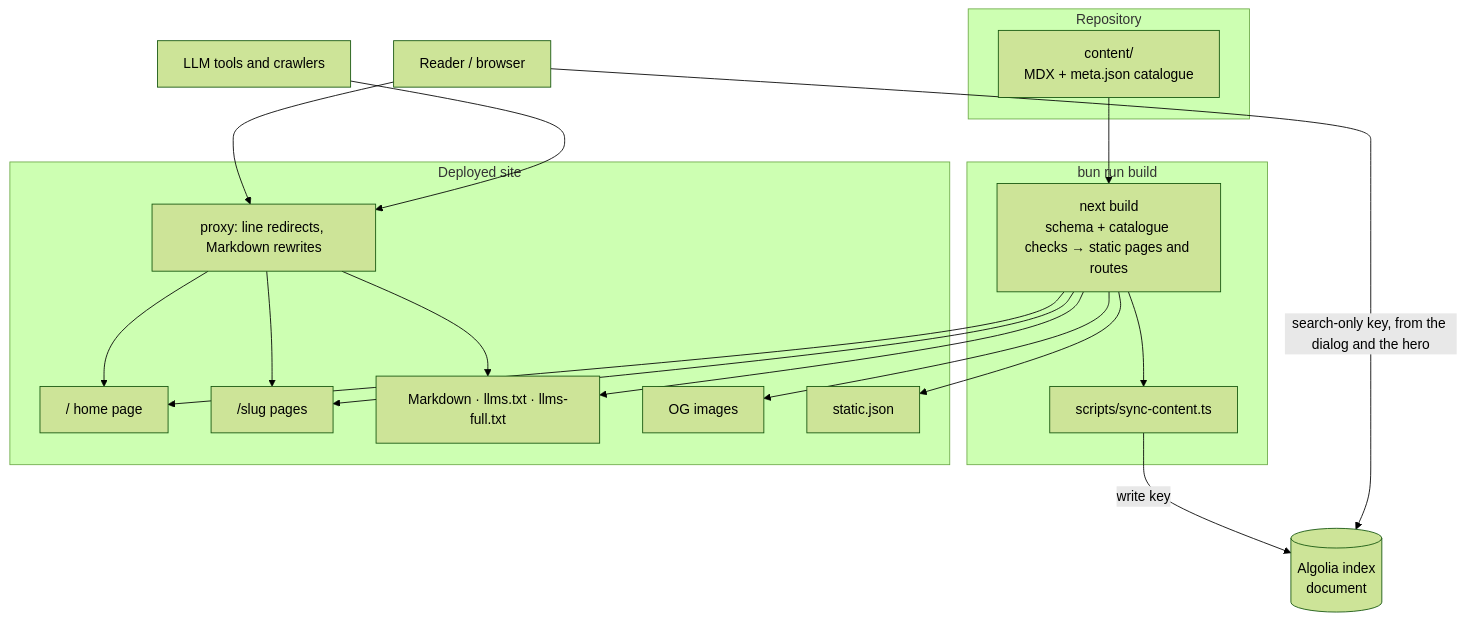
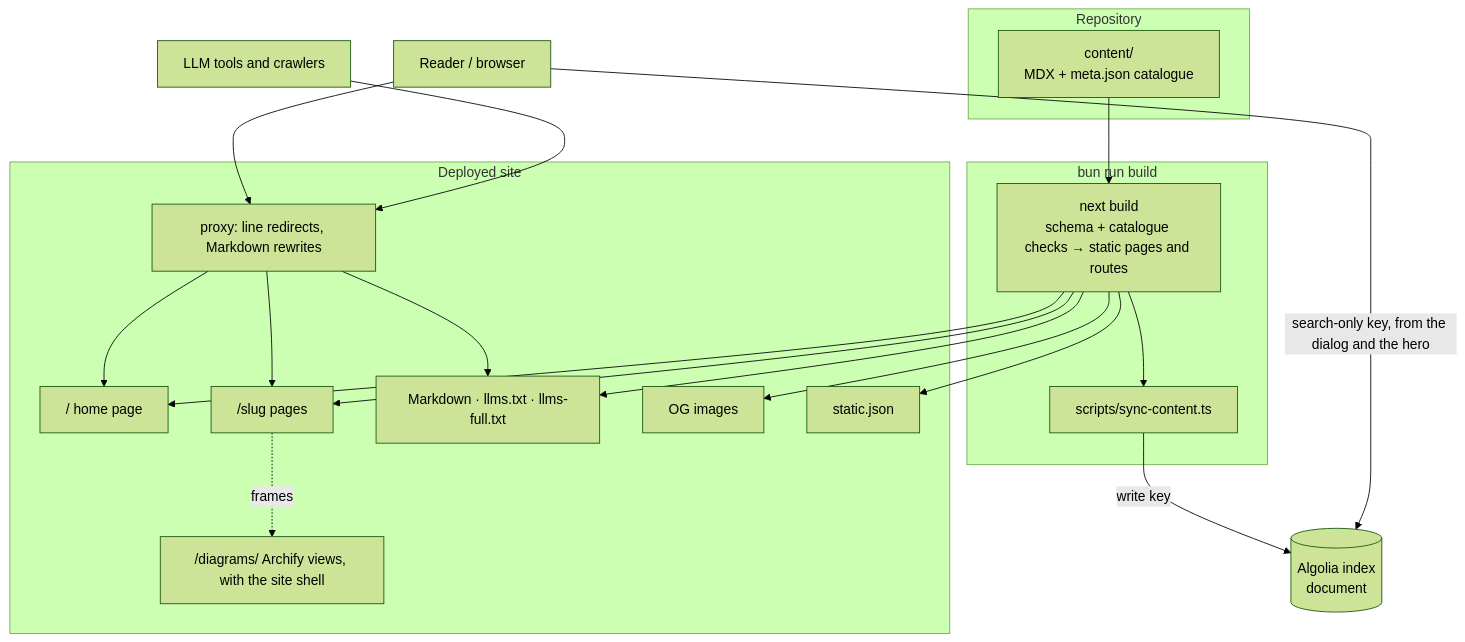
Before and after one commit to nepal-dev-com/docs.nepal-dev.com: the diagram in content/docs/maintain/architecture/system.mdx, drawn with Mermaid (forest theme). The commit also changed other lines of this file and 159 other files, not shown here.

Commit message:
archify diagram everywhere

````diff
--- a/content/docs/maintain/architecture/system.mdx
+++ b/content/docs/maintain/architecture/system.mdx
@@ -107,27 +112,29 @@
 ```mermaid
 flowchart TB
   subgraph Repo["Repository"]
     CONTENT["content/<br/>MDX + meta.json catalogue"]
   end
   subgraph Build["bun run build"]
     NEXT["next build<br/>schema + catalogue checks → static pages and routes"]
     SYNC["scripts/sync-content.ts"]
   end
   subgraph Site["Deployed site"]
     PROXY["proxy: line redirects, Markdown rewrites"]
     HOME["/ home page"]
     PAGES["/slug pages"]
     MD["Markdown · llms.txt · llms-full.txt"]
     OG["OG images"]
+    DIAG["/diagrams/ Archify views, with the site shell"]
     REC["static.json"]
   end
   ALG[("Algolia index<br/>document")]
   Reader["Reader / browser"]
   Bot["LLM tools and crawlers"]
 
   CONTENT --> NEXT --> HOME & PAGES & MD & OG & REC
   NEXT --> SYNC -->|write key| ALG
   Reader --> PROXY --> HOME & PAGES
   Reader -->|search-only key, from the dialog and the hero| ALG
   Bot --> PROXY --> MD
+  PAGES -.->|frames| DIAG
 ```
````
